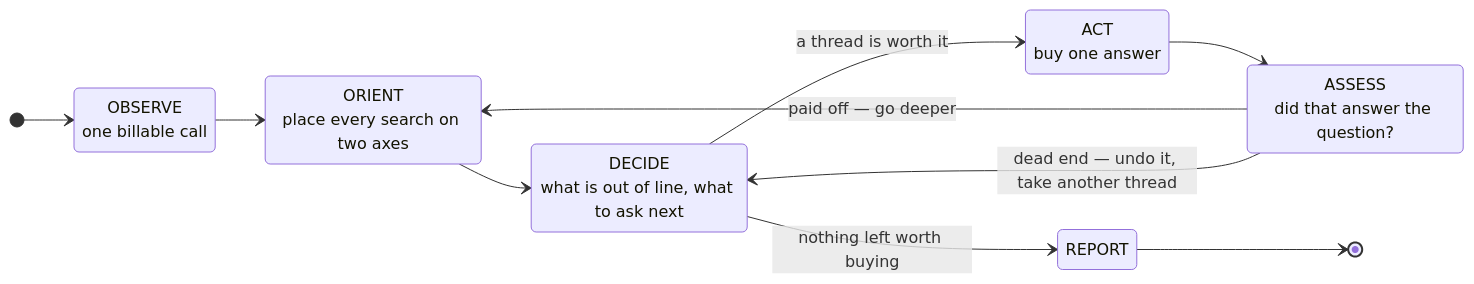
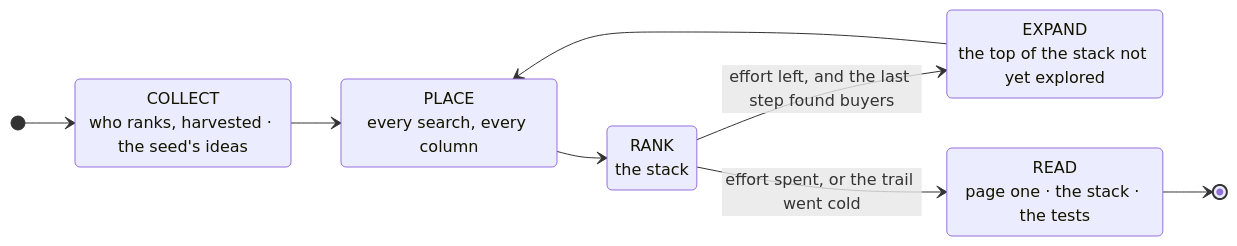
Before and after one commit to samsam32118/demandEngine2: the first of 2 diagrams in .claude/skills/keyword-insights/SKILL.md, drawn with Mermaid. The commit also changed other lines of this file and 11 other files, not shown here.

First line of the commit message:
Stack-rank every search and search the graph from the top of the stack

````diff
--- a/.claude/skills/keyword-insights/SKILL.md
+++ b/.claude/skills/keyword-insights/SKILL.md
@@ -69,20 +71,16 @@
 ```mermaid
 stateDiagram-v2
     direction LR
-    [*] --> OBSERVE
-    OBSERVE: OBSERVE<br/>one billable call
-    ORIENT: ORIENT<br/>place every search on two axes
-    DECIDE: DECIDE<br/>what is out of line, what to ask next
-    ACT: ACT<br/>buy one answer
-    ASSESS: ASSESS<br/>did that answer the question?
-    REPORT: REPORT
-
-    OBSERVE --> ORIENT
-    ORIENT --> DECIDE
-    DECIDE --> ACT: a thread is worth it
-    DECIDE --> REPORT: nothing left worth buying
-    ACT --> ASSESS
-    ASSESS --> ORIENT: paid off — go deeper
-    ASSESS --> DECIDE: dead end — undo it, take another thread
-    REPORT --> [*]
+    [*] --> COLLECT
+    COLLECT: COLLECT<br/>who ranks, harvested · the seed's ideas
+    PLACE: PLACE<br/>every search, every column
+    RANK: RANK<br/>the stack
+    EXPAND: EXPAND<br/>the top of the stack not yet explored
+    READ: READ<br/>page one · the stack · the tests
+    COLLECT --> PLACE
+    PLACE --> RANK
+    RANK --> EXPAND: effort left, and the last step found buyers
+    EXPAND --> PLACE
+    RANK --> READ: effort spent, or the trail went cold
+    READ --> [*]
 ```
````
